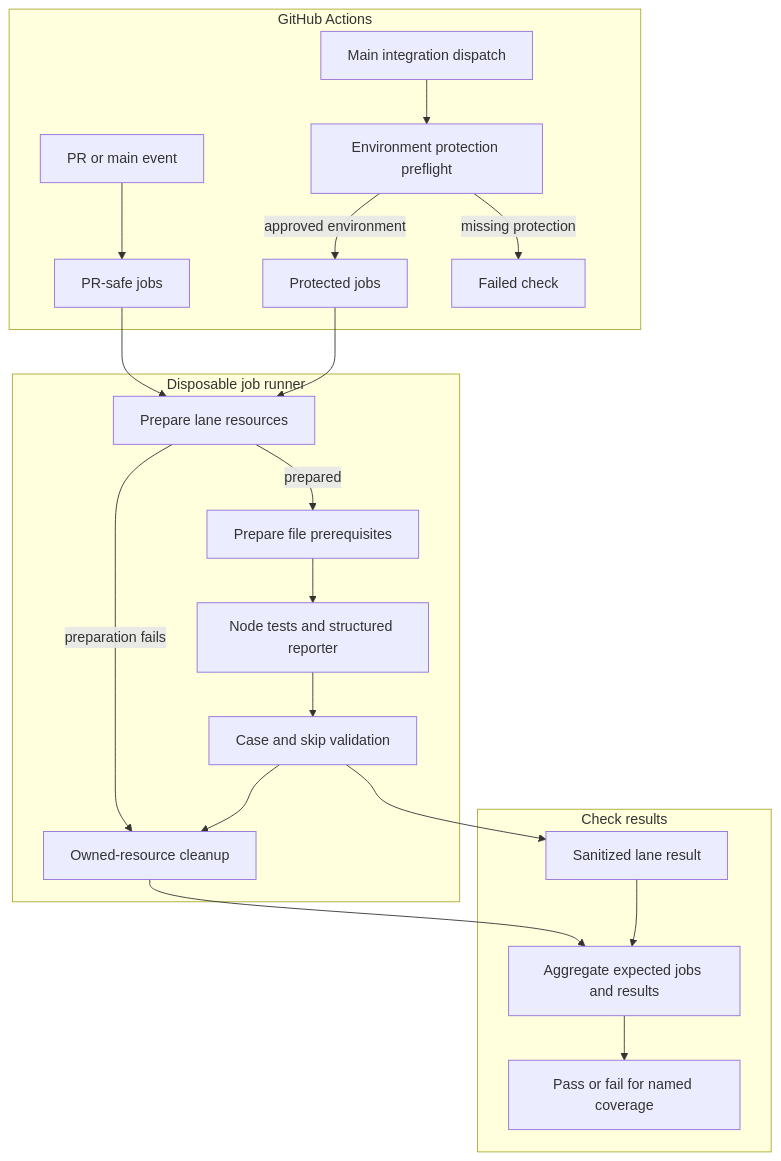
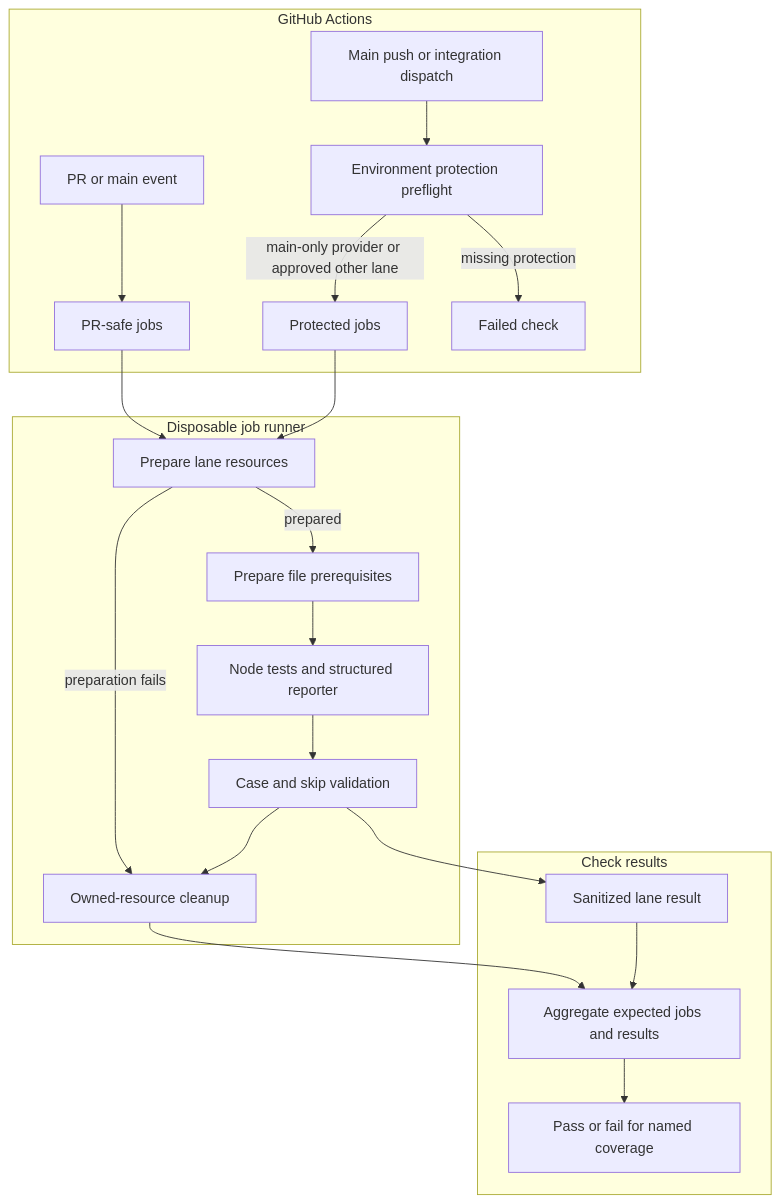
The diagram in docs/flows/github-actions-testing.md (openclaw/openclaw-enterprise), drawn with Mermaid before and after one commit. The commit also changed other lines of this file and 5 other files, not shown here.

Commit message:
fix(ci): run ChatGPT provider integration on every main push

````diff
--- a/docs/flows/github-actions-testing.md
+++ b/docs/flows/github-actions-testing.md
@@ -21,24 +21,24 @@
 ```mermaid
 graph TD
   subgraph Actions["GitHub Actions"]
     A["PR or main event"] --> B["PR-safe jobs"]
-    C["Main integration dispatch"] --> D["Environment protection preflight"]
-    D -->|approved environment| E["Protected jobs"]
+    C["Main push or integration dispatch"] --> D["Environment protection preflight"]
+    D -->|main-only provider or approved other lane| E["Protected jobs"]
     D -->|missing protection| X["Failed check"]
   end
   subgraph Runner["Disposable job runner"]
     B --> F["Prepare lane resources"]
     E --> F
     F -->|prepared| G["Prepare file prerequisites"]
     G --> H["Node tests and structured reporter"]
     H --> I["Case and skip validation"]
     F -->|preparation fails| J["Owned-resource cleanup"]
     I --> J
   end
   subgraph Results["Check results"]
     I --> K["Sanitized lane result"]
     J --> L["Aggregate expected jobs and results"]
     K --> L
     L --> M["Pass or fail for named coverage"]
   end
 ```
````
